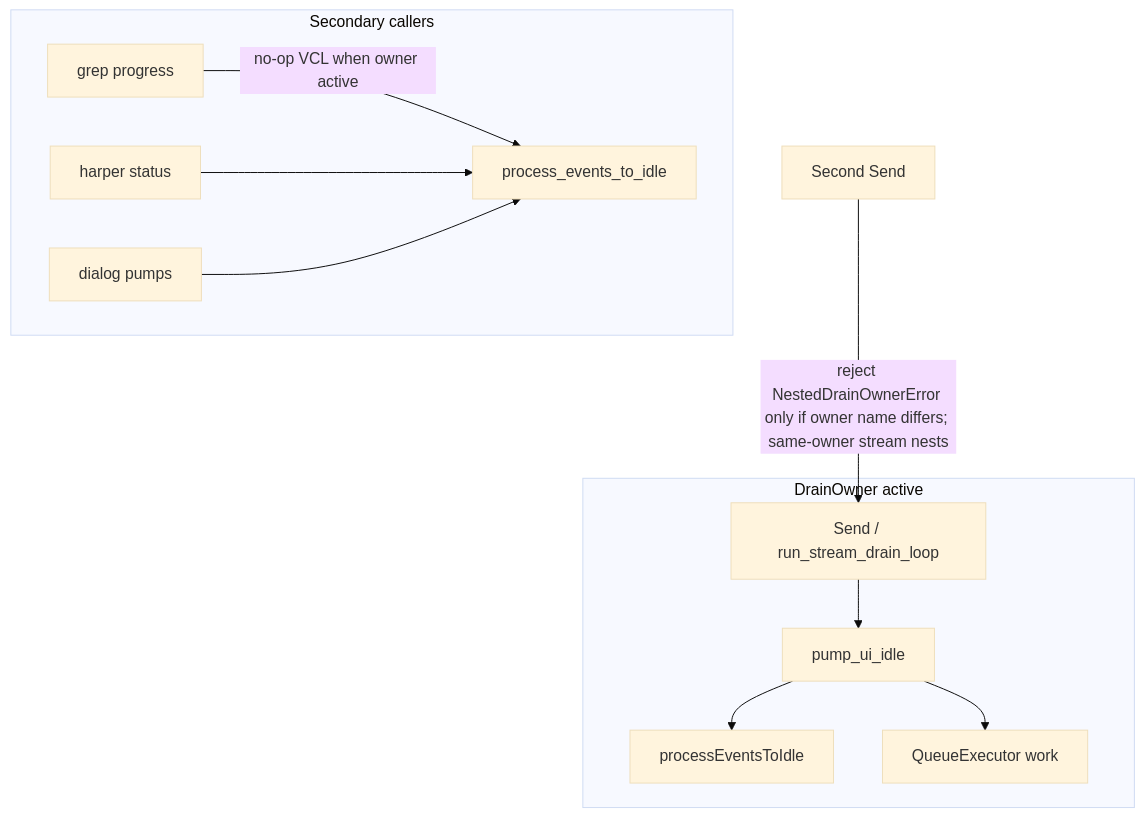
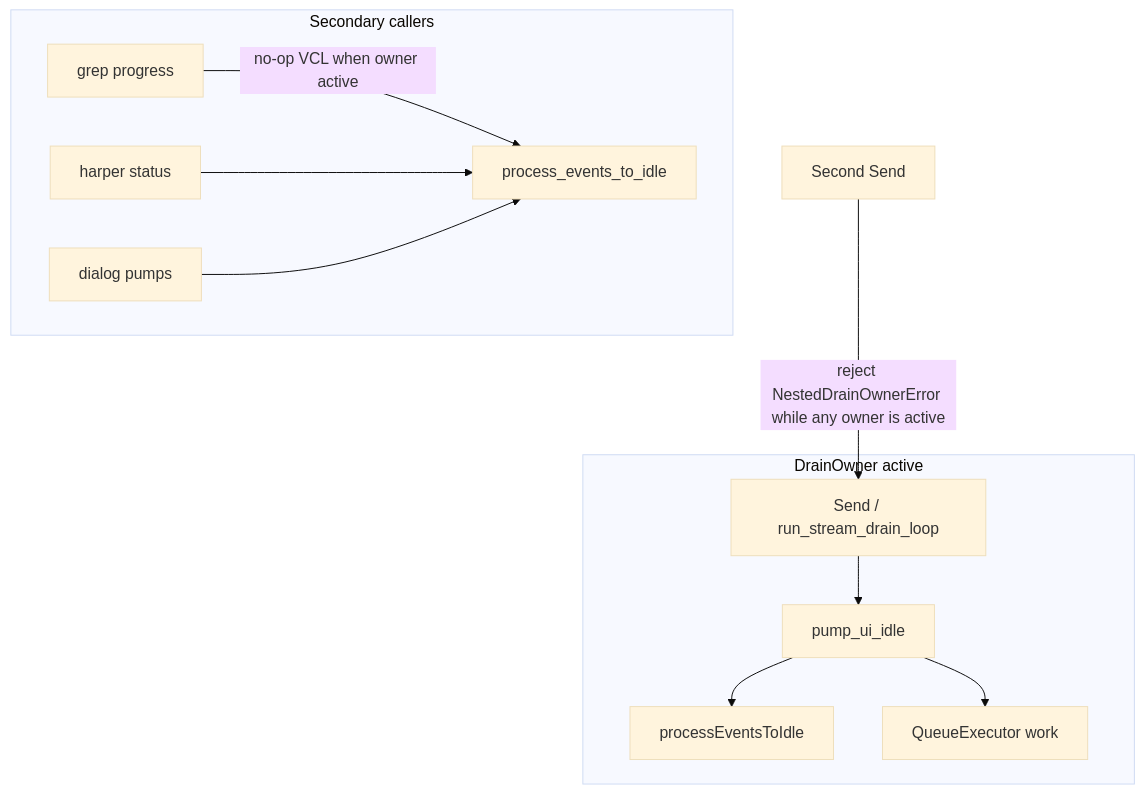
One commit to KeithCu/writeragent changed the second of 3 diagrams in docs/framework/threading.md. Above: the diagram before and after it, drawn with Mermaid (base theme). The commit also changed other lines of this file and 13 other files, not shown here.

````diff
--- a/docs/framework/threading.md
+++ b/docs/framework/threading.md
@@ -183,23 +183,23 @@
 ```mermaid
 flowchart TD
     subgraph owner [DrainOwner active]
         Send[Send / run_stream_drain_loop]
         Pump[pump_ui_idle]
         VCL[processEventsToIdle]
         Q[QueueExecutor work]
         Send --> Pump
         Pump --> Q
         Pump --> VCL
     end
 
     subgraph nonOwner [Secondary callers]
         Grep[grep progress]
         Harper[harper status]
         Dialogs[dialog pumps]
         Grep -->|no-op VCL when owner active| ProcessEvents[process_events_to_idle]
         Harper --> ProcessEvents
         Dialogs --> ProcessEvents
     end
 
-    NestedSend[Second Send] -->|reject NestedDrainOwnerError only if owner name differs; same-owner stream nests| Send
+    NestedSend[Second Send] -->|reject NestedDrainOwnerError while any owner is active| Send
 ```
````
